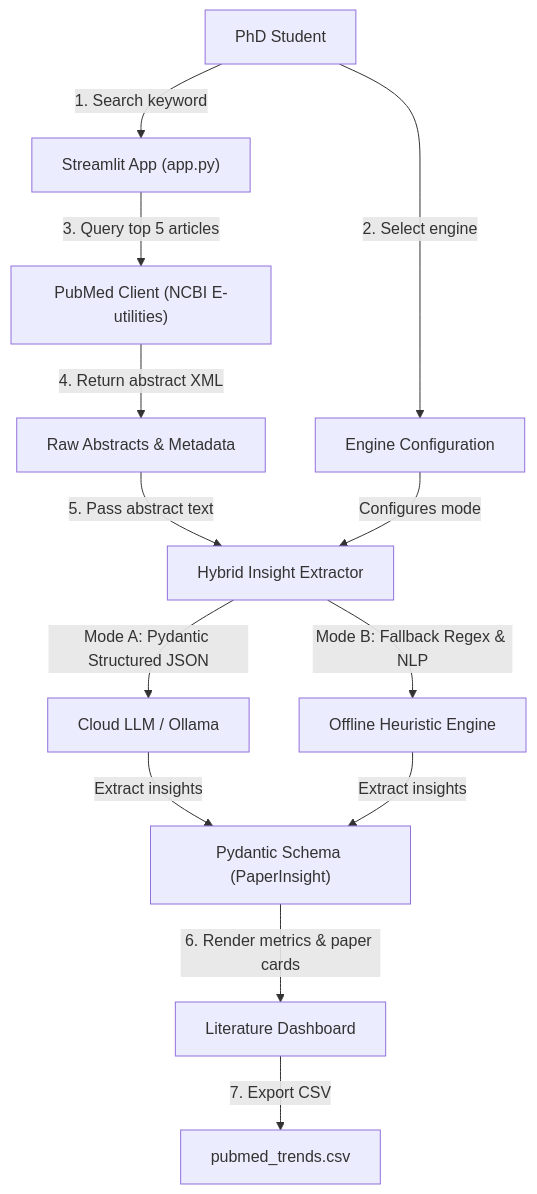
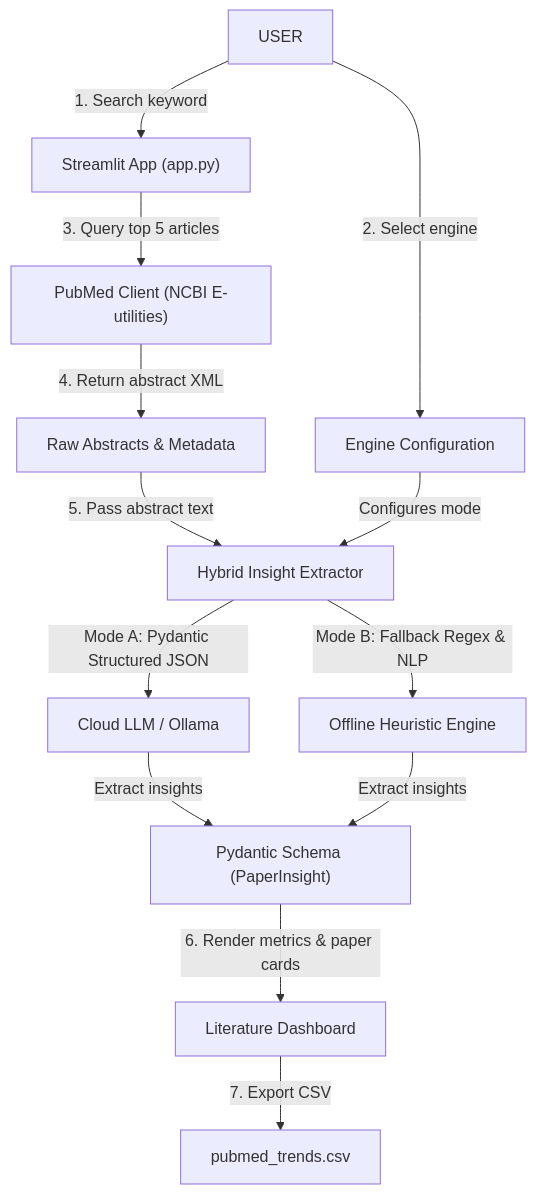
Before and after one commit to micsu0930/scientific_trend_finder: the diagram in README.md, drawn with Mermaid.

````diff
--- a/README.md
+++ b/README.md
@@ -46,20 +46,20 @@
 ```mermaid
 graph TD
-    User["PhD Student"] -->|"1. Search keyword"| SearchUI["Streamlit App (app.py)"]
+    User["USER"] -->|"1. Search keyword"| SearchUI["Streamlit App (app.py)"]
     User -->|"2. Select engine"| EngineSelect["Engine Configuration"]
     
     SearchUI -->|"3. Query top 5 articles"| PubMedAPI["PubMed Client (NCBI E-utilities)"]
     PubMedAPI -->|"4. Return abstract XML"| AbstractData["Raw Abstracts & Metadata"]
     
     AbstractData -->|"5. Pass abstract text"| ExtractionEngine["Hybrid Insight Extractor"]
     EngineSelect -->|"Configures mode"| ExtractionEngine
     
     ExtractionEngine -->|"Mode A: Pydantic Structured JSON"| CloudLLM["Cloud LLM / Ollama"]
     ExtractionEngine -->|"Mode B: Fallback Regex & NLP"| HeuristicEngine["Offline Heuristic Engine"]
     
     CloudLLM -->|"Extract insights"| PydanticSchema["Pydantic Schema (PaperInsight)"]
     HeuristicEngine -->|"Extract insights"| PydanticSchema
     
     PydanticSchema -->|"6. Render metrics & paper cards"| Dashboard["Literature Dashboard"]
     Dashboard -->|"7. Export CSV"| CSVFile["pubmed_trends.csv"]
 ```
````
